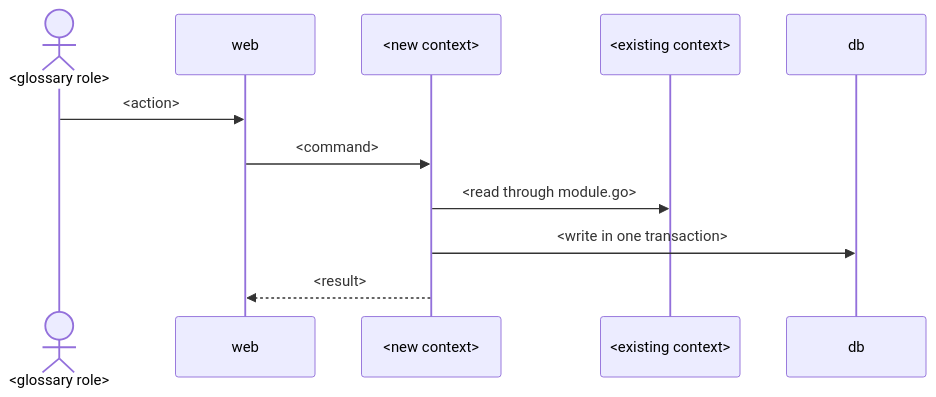
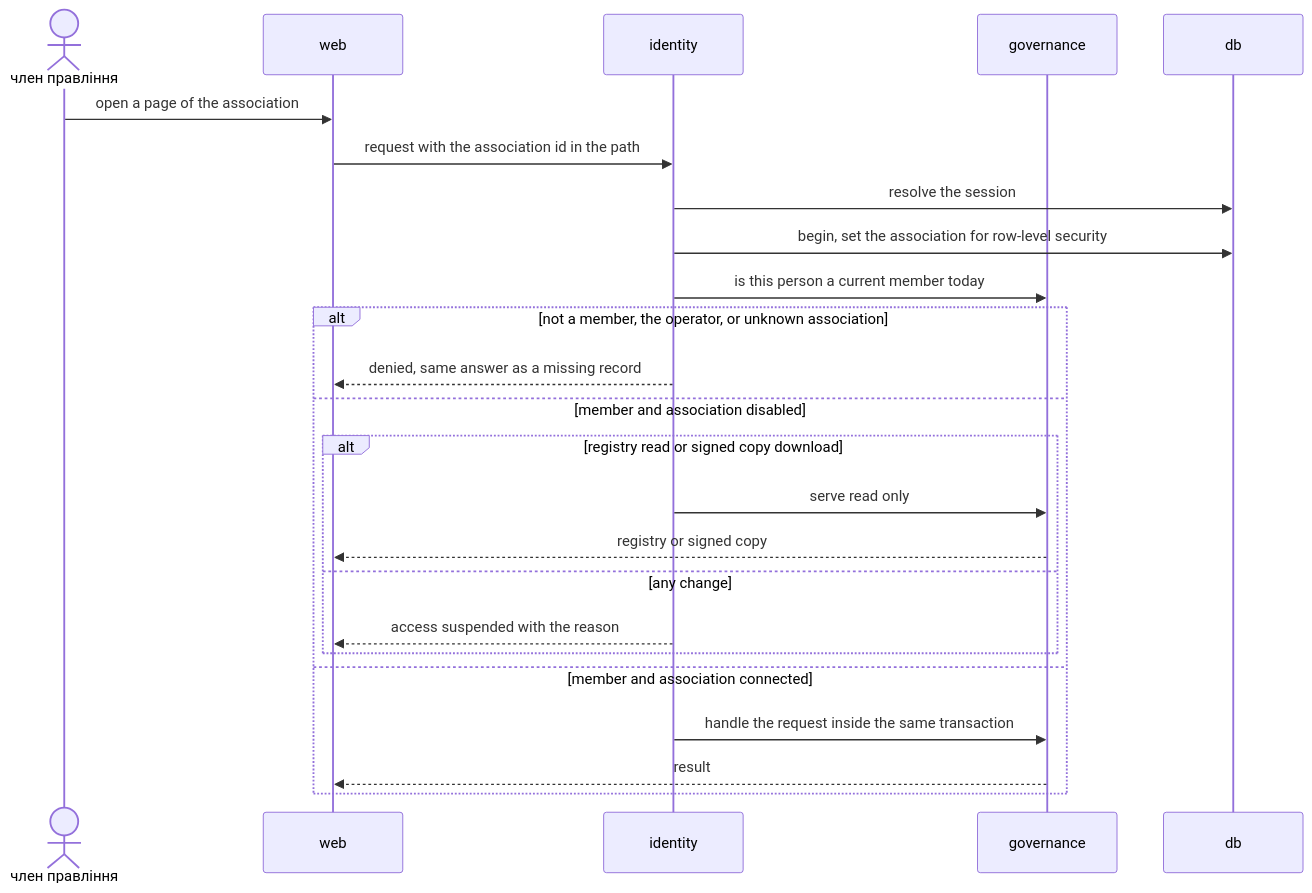
The sixth of 6 diagrams in docs/features/association-onboarding/sad.md (AndriiOpryshko/spilno), drawn with Mermaid before and after one commit. The commit also changed other lines of this file, not shown here.

Commit message:
docs(onboarding): SAD §6 — runtime flows per critical transition

````diff
--- a/docs/features/association-onboarding/sad.md
+++ b/docs/features/association-onboarding/sad.md
@@ -183,13 +249,26 @@
 ```mermaid
 sequenceDiagram
-    actor M as <glossary role>
+    actor M as член правління
     participant W as web
-    participant P as <new context>
-    participant G as <existing context>
+    participant I as identity
+    participant G as governance
     participant D as db
-    M->>W: <action>
-    W->>P: <command>
-    P->>G: <read through module.go>
-    P->>D: <write in one transaction>
-    P-->>W: <result>
+    M->>W: open a page of the association
+    W->>I: request with the association id in the path
+    I->>D: resolve the session
+    I->>D: begin, set the association for row-level security
+    I->>G: is this person a current member today
+    alt not a member, the operator, or unknown association
+        I-->>W: denied, same answer as a missing record
+    else member and association disabled
+        alt registry read or signed copy download
+            I->>G: serve read only
+            G-->>W: registry or signed copy
+        else any change
+            I-->>W: access suspended with the reason
+        end
+    else member and association connected
+        I->>G: handle the request inside the same transaction
+        G-->>W: result
+    end
 ```
````
